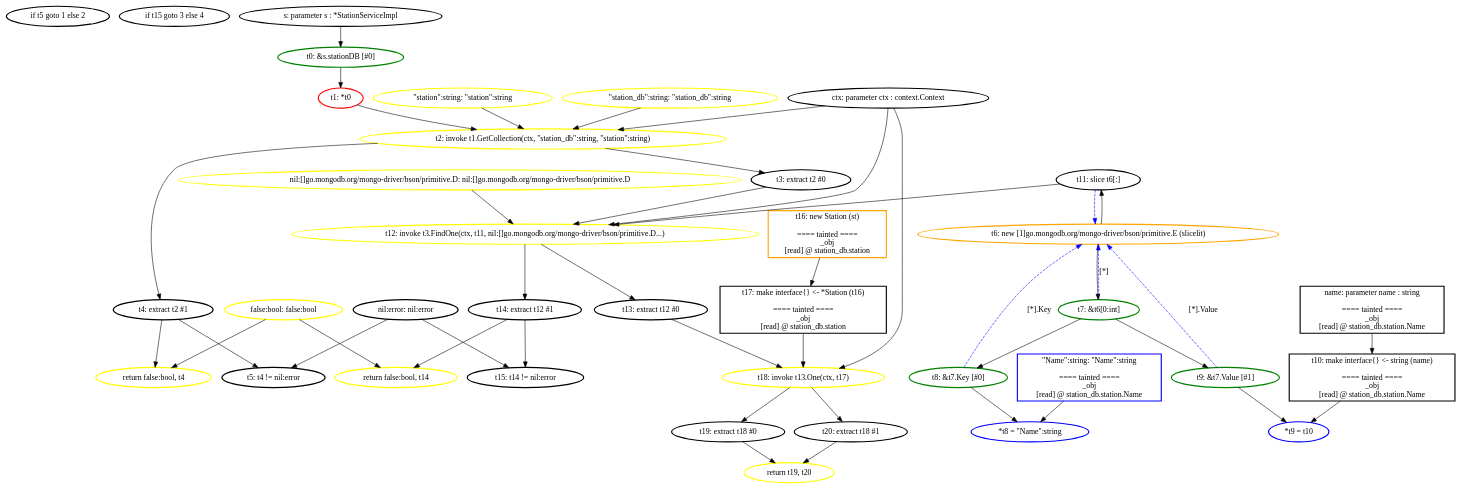
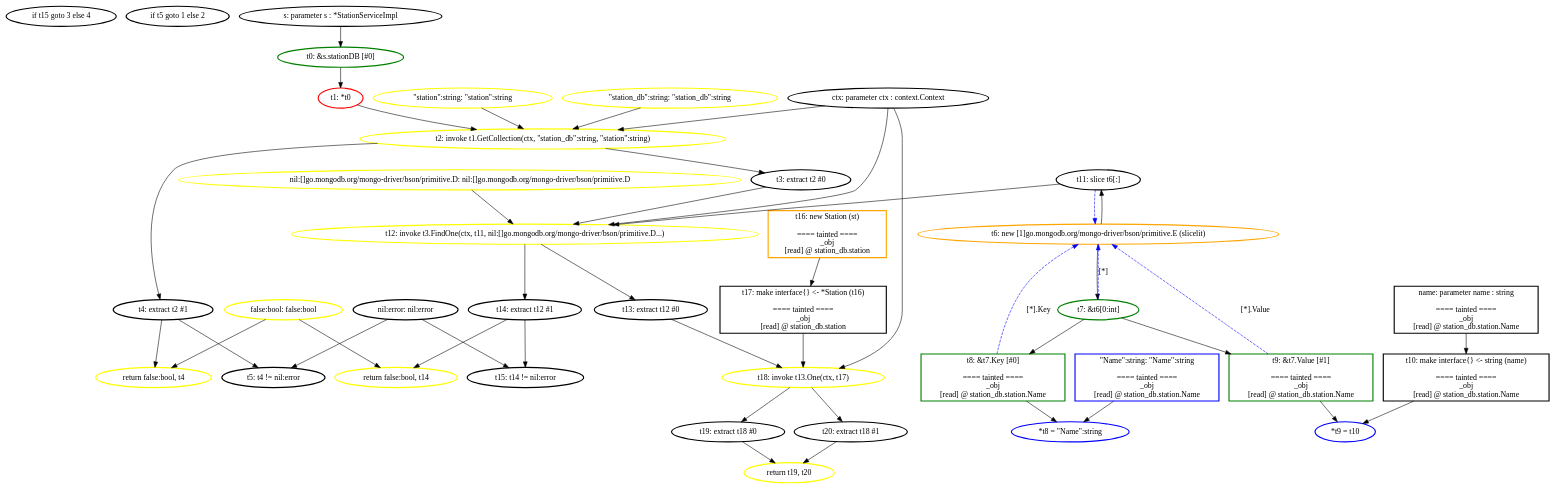
Before and after one commit to aletheia-microservices/aletheia: the diagram in ssa_analysis/analyzer/output/train_ticket2/ssagraphs/tainted/train_ticket2.StationService.Exists.dot, drawn with Graphviz. The commit also changed 859 other files, not shown here.

```diff
--- a/ssa_analysis/analyzer/output/train_ticket2/ssagraphs/tainted/train_ticket2.StationService.Exists.dot
+++ b/ssa_analysis/analyzer/output/train_ticket2/ssagraphs/tainted/train_ticket2.StationService.Exists.dot
@@ -1,115 +1,125 @@
 digraph G {
 	rankdir=TD;
-	N_instr__1823458105 [label="if t5 goto 1 else 2", style=bold, shape=ellipse, color="black"];
-	N_instr__1823458105 [label="if t5 goto 1 else 2", style=bold, shape=ellipse, color="black"];
-	N_instr__2128936708 [label="if t15 goto 3 else 4", style=bold, shape=ellipse, color="black"];
-	N_instr__2128936708 [label="if t15 goto 3 else 4", style=bold, shape=ellipse, color="black"];
-	N_instr_ret_4823819 [label="return false:bool, t4", style=bold, shape=ellipse, color="yellow"];
-	N_instr_ret_4823819 [label="return false:bool, t4", style=bold, shape=ellipse, color="yellow"];
-	N_instr_ret_4823942 [label="return false:bool, t14", style=bold, shape=ellipse, color="yellow"];
-	N_instr_ret_4823942 [label="return false:bool, t14", style=bold, shape=ellipse, color="yellow"];
-	N_instr_ret_4824014 [label="return t19, t20", style=bold, shape=ellipse, color="yellow"];
-	N_instr_ret_4824014 [label="return t19, t20", style=bold, shape=ellipse, color="yellow"];
-	N_instr_store_4823861 [label="*t8 = \"Name\":string", style=bold, shape=ellipse, color="blue"];
-	N_instr_store_4823861 [label="*t8 = \"Name\":string", style=bold, shape=ellipse, color="blue"];
-	N_instr_store_4823876 [label="*t9 = t10", style=bold, shape=ellipse, color="blue"];
-	N_instr_store_4823876 [label="*t9 = t10", style=bold, shape=ellipse, color="blue"];
-	N_nil_396584747 [label="nil:error: nil:error", style=bold, shape=ellipse, color="black"];
-	N_nil_412816100 [label="nil:[]go.mongodb.org/mongo-driver/bson/primitive.D: nil:[]go.mongodb.org/mongo-driver/bson/primitive.D", style=bold, shape=ellipse, color="yellow"];
+	N_instr__1794643186 [label="if t15 goto 3 else 4", style=bold, shape=ellipse, color="black"];
+	N_instr__1794643186 [label="if t15 goto 3 else 4", style=bold, shape=ellipse, color="black"];
+	N_instr__1828560092 [label="if t5 goto 1 else 2", style=bold, shape=ellipse, color="black"];
+	N_instr__1828560092 [label="if t5 goto 1 else 2", style=bold, shape=ellipse, color="black"];
+	N_instr_ret_2953401 [label="return false:bool, t4", style=bold, shape=ellipse, color="yellow"];
+	N_instr_ret_2953401 [label="return false:bool, t4", style=bold, shape=ellipse, color="yellow"];
+	N_instr_ret_2953524 [label="return false:bool, t14", style=bold, shape=ellipse, color="yellow"];
+	N_instr_ret_2953524 [label="return false:bool, t14", style=bold, shape=ellipse, color="yellow"];
+	N_instr_ret_2953596 [label="return t19, t20", style=bold, shape=ellipse, color="yellow"];
+	N_instr_ret_2953596 [label="return t19, t20", style=bold, shape=ellipse, color="yellow"];
+	N_instr_store_2953443 [label="*t8 = \"Name\":string", style=bold, shape=ellipse, color="blue"];
+	N_instr_store_2953443 [label="*t8 = \"Name\":string", style=bold, shape=ellipse, color="blue"];
+	N_instr_store_2953458 [label="*t9 = t10", style=bold, shape=ellipse, color="blue"];
+	N_instr_store_2953458 [label="*t9 = t10", style=bold, shape=ellipse, color="blue"];
+	N_nil_1777377725 [label="nil:error: nil:error", style=bold, shape=ellipse, color="black"];
+	N_nil_488778970 [label="nil:[]go.mongodb.org/mongo-driver/bson/primitive.D: nil:[]go.mongodb.org/mongo-driver/bson/primitive.D", style=bold, shape=ellipse, color="yellow"];
 	N_val__Name__string [label="\"Name\":string: \"Name\":string
 
 ==== tainted ====
 _obj
 [read] @ station_db.station.Name
 ", style=bold, shape=box, color="blue"];
 	N_val__station__string [label="\"station\":string: \"station\":string", style=bold, shape=ellipse, color="yellow"];
 	N_val__station_db__string [label="\"station_db\":string: \"station_db\":string", style=bold, shape=ellipse, color="yellow"];
-	N_val_alloc_4823856 [label="t6: new [1]go.mongodb.org/mongo-driver/bson/primitive.E (slicelit)", style=bold, shape=ellipse, color="orange"];
-	N_val_alloc_4823968 [label="t16: new Station (st)
+	N_val_alloc_2953438 [label="t6: new [1]go.mongodb.org/mongo-driver/bson/primitive.E (slicelit)", style=bold, shape=ellipse, color="orange"];
+	N_val_alloc_2953550 [label="t16: new Station (st)
 
 ==== tainted ====
 _obj
 [read] @ station_db.station
 ", style=bold, shape=box, color="orange"];
-	N_val_binary_4823808 [label="t5: t4 != nil:error", style=bold, shape=ellipse, color="black"];
-	N_val_binary_4823931 [label="t15: t14 != nil:error", style=bold, shape=ellipse, color="black"];
-	N_val_call_4823769 [label="t2: invoke t1.GetCollection(ctx, \"station_db\":string, \"station\":string)", style=bold, shape=ellipse, color="yellow"];
-	N_val_call_4823910 [label="t12: invoke t3.FindOne(ctx, t11, nil:[]go.mongodb.org/mongo-driver/bson/primitive.D...)", style=bold, shape=ellipse, color="yellow"];
-	N_val_call_4824002 [label="t18: invoke t13.One(ctx, t17)", style=bold, shape=ellipse, color="yellow"];
+	N_val_binary_2953390 [label="t5: t4 != nil:error", style=bold, shape=ellipse, color="black"];
+	N_val_binary_2953513 [label="t15: t14 != nil:error", style=bold, shape=ellipse, color="black"];
+	N_val_call_2953351 [label="t2: invoke t1.GetCollection(ctx, \"station_db\":string, \"station\":string)", style=bold, shape=ellipse, color="yellow"];
+	N_val_call_2953492 [label="t12: invoke t3.FindOne(ctx, t11, nil:[]go.mongodb.org/mongo-driver/bson/primitive.D...)", style=bold, shape=ellipse, color="yellow"];
+	N_val_call_2953584 [label="t18: invoke t13.One(ctx, t17)", style=bold, shape=ellipse, color="yellow"];
 	N_val_extrt13 [label="t13: extract t12 #0", style=bold, shape=ellipse, color="black"];
 	N_val_extrt14 [label="t14: extract t12 #1", style=bold, shape=ellipse, color="black"];
 	N_val_extrt19 [label="t19: extract t18 #0", style=bold, shape=ellipse, color="black"];
 	N_val_extrt20 [label="t20: extract t18 #1", style=bold, shape=ellipse, color="black"];
 	N_val_extrt3 [label="t3: extract t2 #0", style=bold, shape=ellipse, color="black"];
 	N_val_extrt4 [label="t4: extract t2 #1", style=bold, shape=ellipse, color="black"];
 	N_val_false_bool [label="false:bool: false:bool", style=bold, shape=ellipse, color="yellow"];
-	N_val_field_4823746 [label="t0: &s.stationDB [#0]", style=bold, shape=ellipse, color="green"];
-	N_val_field_4823861 [label="t8: &t7.Key [#0]", style=bold, shape=ellipse, color="green"];
-	N_val_field_4823876 [label="t9: &t7.Value [#1]", style=bold, shape=ellipse, color="green"];
+	N_val_field_2953328 [label="t0: &s.stationDB [#0]", style=bold, shape=ellipse, color="green"];
+	N_val_field_2953443 [label="t8: &t7.Key [#0]
+
+==== tainted ====
+_obj
+[read] @ station_db.station.Name
+", style=bold, shape=box, color="green"];
+	N_val_field_2953458 [label="t9: &t7.Value [#1]
+
+==== tainted ====
+_obj
+[read] @ station_db.station.Name
+", style=bold, shape=box, color="green"];
 	N_val_ifacet10 [label="t10: make interface{} <- string (name)
 
 ==== tainted ====
 _obj
 [read] @ station_db.station.Name
 ", style=bold, shape=box, color="black"];
 	N_val_ifacet17 [label="t17: make interface{} <- *Station (t16)
 
 ==== tainted ====
 _obj
 [read] @ station_db.station
 ", style=bold, shape=box, color="black"];
 	N_val_indext7 [label="t7: &t6[0:int]", style=bold, shape=ellipse, color="green"];
-	N_val_param_4823650 [label="s: parameter s : *StationServiceImpl", style=bold, shape=ellipse, color="black"];
-	N_val_param_4823680 [label="ctx: parameter ctx : context.Context", style=bold, shape=ellipse, color="black"];
-	N_val_param_4823701 [label="name: parameter name : string
+	N_val_param_2953232 [label="s: parameter s : *StationServiceImpl", style=bold, shape=ellipse, color="black"];
+	N_val_param_2953262 [label="ctx: parameter ctx : context.Context", style=bold, shape=ellipse, color="black"];
+	N_val_param_2953283 [label="name: parameter name : string
 
 ==== tainted ====
 _obj
 [read] @ station_db.station.Name
 ", style=bold, shape=box, color="black"];
-	N_val_slice_4823856 [label="t11: slice t6[:]", style=bold, shape=ellipse, color="black"];
-	N_val_unary_4823746 [label="t1: *t0", style=bold, shape=ellipse, color="red"];
-	N_val_param_4823650 -> N_val_field_4823746;
-	N_val_field_4823746 -> N_val_unary_4823746;
-	N_val_param_4823680 -> N_val_call_4823769;
-	N_val__station_db__string -> N_val_call_4823769;
-	N_val__station__string -> N_val_call_4823769;
-	N_val_unary_4823746 -> N_val_call_4823769;
-	N_val_call_4823769 -> N_val_extrt3;
-	N_val_call_4823769 -> N_val_extrt4;
-	N_val_extrt4 -> N_val_binary_4823808;
-	N_nil_396584747 -> N_val_binary_4823808;
-	N_val_false_bool -> N_instr_ret_4823819;
-	N_val_extrt4 -> N_instr_ret_4823819;
-	N_val_alloc_4823856 -> N_val_indext7;
-	N_val_indext7 -> N_val_field_4823861;
-	N_val_indext7 -> N_val_field_4823876;
-	N_val_field_4823861 -> N_instr_store_4823861;
-	N_val__Name__string -> N_instr_store_4823861;
-	N_val_param_4823701 -> N_val_ifacet10;
-	N_val_field_4823876 -> N_instr_store_4823876;
-	N_val_ifacet10 -> N_instr_store_4823876;
-	N_val_alloc_4823856 -> N_val_slice_4823856;
-	N_val_param_4823680 -> N_val_call_4823910;
-	N_val_slice_4823856 -> N_val_call_4823910;
-	N_nil_412816100 -> N_val_call_4823910;
-	N_val_extrt3 -> N_val_call_4823910;
-	N_val_call_4823910 -> N_val_extrt13;
-	N_val_call_4823910 -> N_val_extrt14;
-	N_val_extrt14 -> N_val_binary_4823931;
-	N_nil_396584747 -> N_val_binary_4823931;
-	N_val_false_bool -> N_instr_ret_4823942;
-	N_val_extrt14 -> N_instr_ret_4823942;
-	N_val_alloc_4823968 -> N_val_ifacet17;
-	N_val_param_4823680 -> N_val_call_4824002;
-	N_val_ifacet17 -> N_val_call_4824002;
-	N_val_extrt13 -> N_val_call_4824002;
-	N_val_call_4824002 -> N_val_extrt19;
-	N_val_call_4824002 -> N_val_extrt20;
-	N_val_extrt19 -> N_instr_ret_4824014;
-	N_val_extrt20 -> N_instr_ret_4824014;
-	N_val_field_4823861 -> N_val_alloc_4823856 [label="[*].Key", style=dashed, color=blue];
-	N_val_slice_4823856 -> N_val_alloc_4823856 [label="", style=dashed, color=blue];
-	N_val_indext7 -> N_val_alloc_4823856 [label="[*]", style=dashed, color=blue];
-	N_val_field_4823876 -> N_val_alloc_4823856 [label="[*].Value", style=dashed, color=blue];
+	N_val_slice_2953438 [label="t11: slice t6[:]", style=bold, shape=ellipse, color="black"];
+	N_val_unary_2953328 [label="t1: *t0", style=bold, shape=ellipse, color="red"];
+	N_val_param_2953232 -> N_val_field_2953328;
+	N_val_field_2953328 -> N_val_unary_2953328;
+	N_val_param_2953262 -> N_val_call_2953351;
+	N_val__station_db__string -> N_val_call_2953351;
+	N_val__station__string -> N_val_call_2953351;
+	N_val_unary_2953328 -> N_val_call_2953351;
+	N_val_call_2953351 -> N_val_extrt3;
+	N_val_call_2953351 -> N_val_extrt4;
+	N_val_extrt4 -> N_val_binary_2953390;
+	N_nil_1777377725 -> N_val_binary_2953390;
+	N_val_false_bool -> N_instr_ret_2953401;
+	N_val_extrt4 -> N_instr_ret_2953401;
+	N_val_alloc_2953438 -> N_val_indext7;
+	N_val_indext7 -> N_val_field_2953443;
+	N_val_indext7 -> N_val_field_2953458;
+	N_val_field_2953443 -> N_instr_store_2953443;
+	N_val__Name__string -> N_instr_store_2953443;
+	N_val_param_2953283 -> N_val_ifacet10;
+	N_val_field_2953458 -> N_instr_store_2953458;
+	N_val_ifacet10 -> N_instr_store_2953458;
+	N_val_alloc_2953438 -> N_val_slice_2953438;
+	N_val_param_2953262 -> N_val_call_2953492;
+	N_val_slice_2953438 -> N_val_call_2953492;
+	N_nil_488778970 -> N_val_call_2953492;
+	N_val_extrt3 -> N_val_call_2953492;
+	N_val_call_2953492 -> N_val_extrt13;
+	N_val_call_2953492 -> N_val_extrt14;
+	N_val_extrt14 -> N_val_binary_2953513;
+	N_nil_1777377725 -> N_val_binary_2953513;
+	N_val_false_bool -> N_instr_ret_2953524;
+	N_val_extrt14 -> N_instr_ret_2953524;
+	N_val_alloc_2953550 -> N_val_ifacet17;
+	N_val_param_2953262 -> N_val_call_2953584;
+	N_val_ifacet17 -> N_val_call_2953584;
+	N_val_extrt13 -> N_val_call_2953584;
+	N_val_call_2953584 -> N_val_extrt19;
+	N_val_call_2953584 -> N_val_extrt20;
+	N_val_extrt19 -> N_instr_ret_2953596;
+	N_val_extrt20 -> N_instr_ret_2953596;
+	N_val_field_2953458 -> N_val_alloc_2953438 [label="[*].Value", style=dashed, color=blue];
+	N_val_field_2953443 -> N_val_alloc_2953438 [label="[*].Key", style=dashed, color=blue];
+	N_val_indext7 -> N_val_alloc_2953438 [label="[*]", style=dashed, color=blue];
+	N_val_slice_2953438 -> N_val_alloc_2953438 [label="", style=dashed, color=blue];
 }
```
